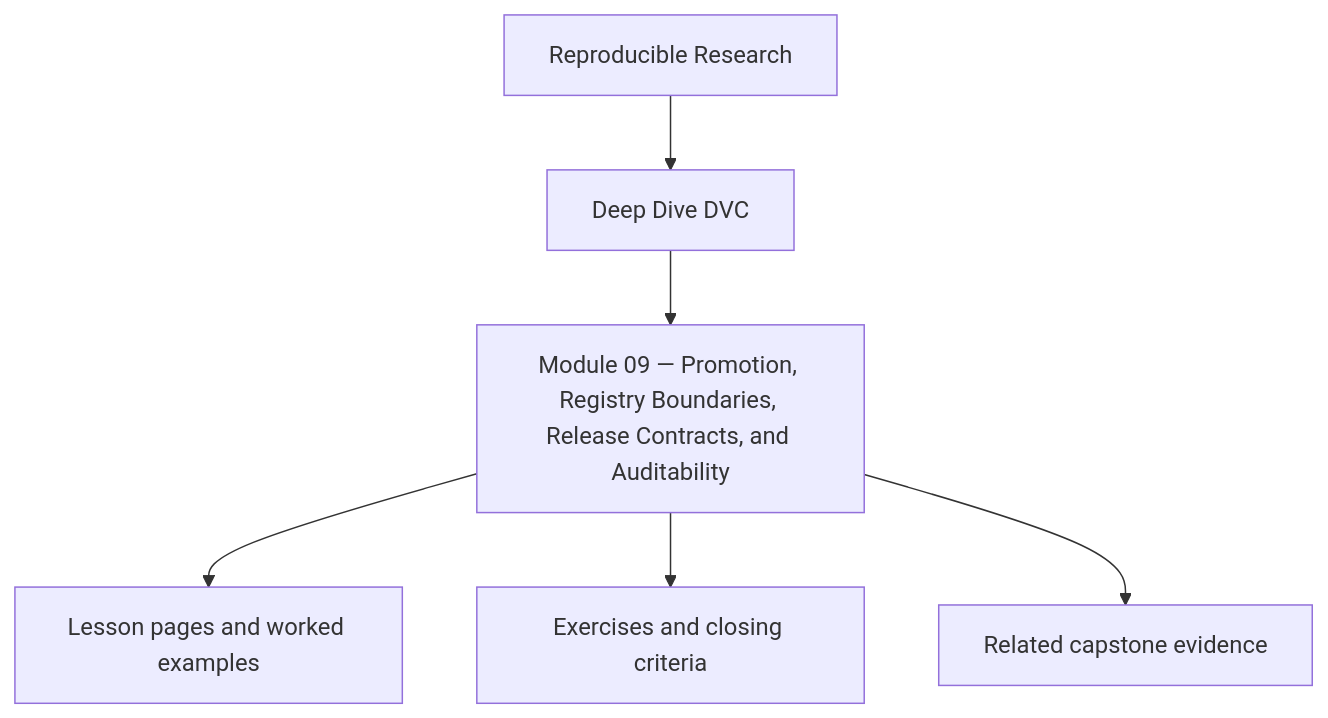
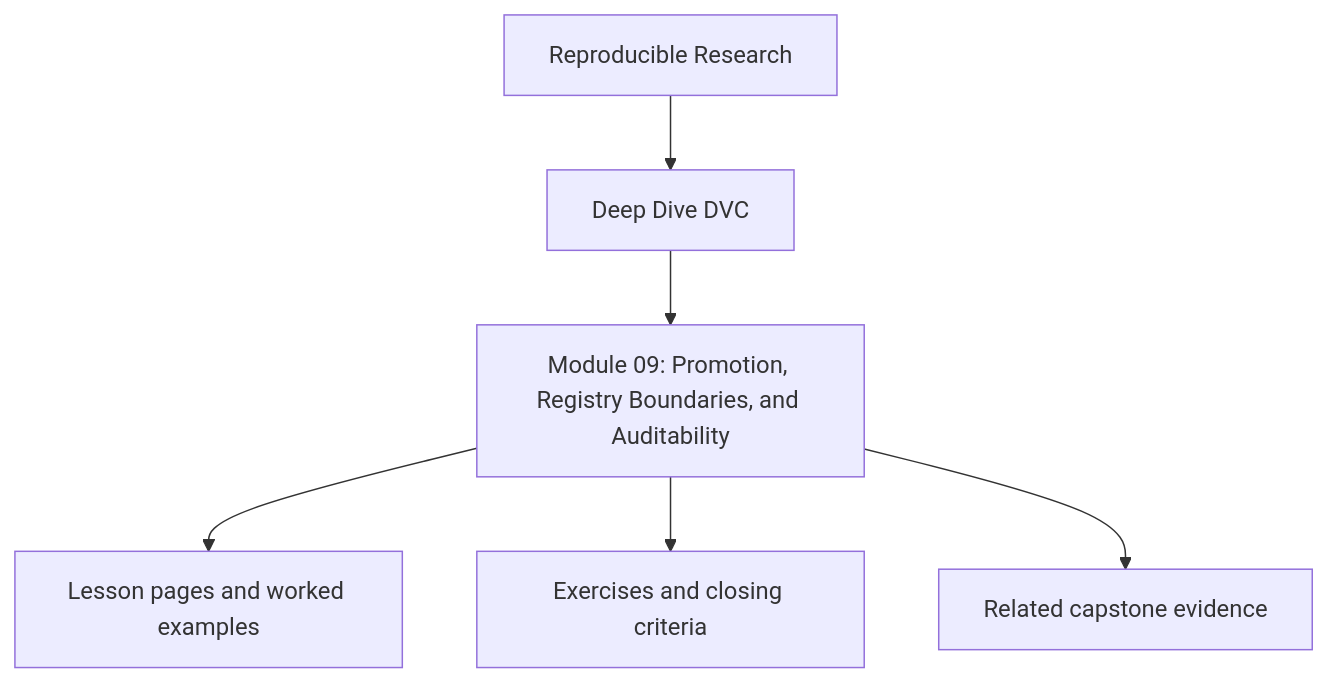
One commit to bijux/bijux-masterclass changed the first of 2 diagrams in programs/reproducible-research/deep-dive-dvc/course-book/module-09-promotion-registry-boundaries-release-contracts-and-auditability/index.md. Above: the diagram before and after it, drawn with Mermaid. The commit also changed other lines of this file and 241 other files, not shown here.

````diff
--- a/programs/reproducible-research/deep-dive-dvc/course-book/module-09-promotion-registry-boundaries-release-contracts-and-auditability/index.md
+++ b/programs/reproducible-research/deep-dive-dvc/course-book/module-09-promotion-registry-boundaries-release-contracts-and-auditability/index.md
@@ -9,8 +9,8 @@
 ```mermaid
 flowchart TD
   family["Reproducible Research"] --> program["Deep Dive DVC"]
-  program --> module["Module 09 — Promotion, Registry Boundaries, Release Contracts, and Auditability"]
+  program --> module["Module 09: Promotion, Registry Boundaries, and Auditability"]
   module --> lessons["Lesson pages and worked examples"]
   module --> checkpoints["Exercises and closing criteria"]
   module --> capstone["Related capstone evidence"]
 ```
````
